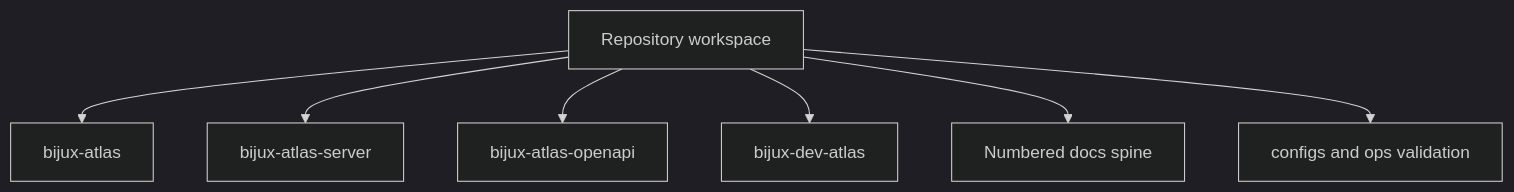
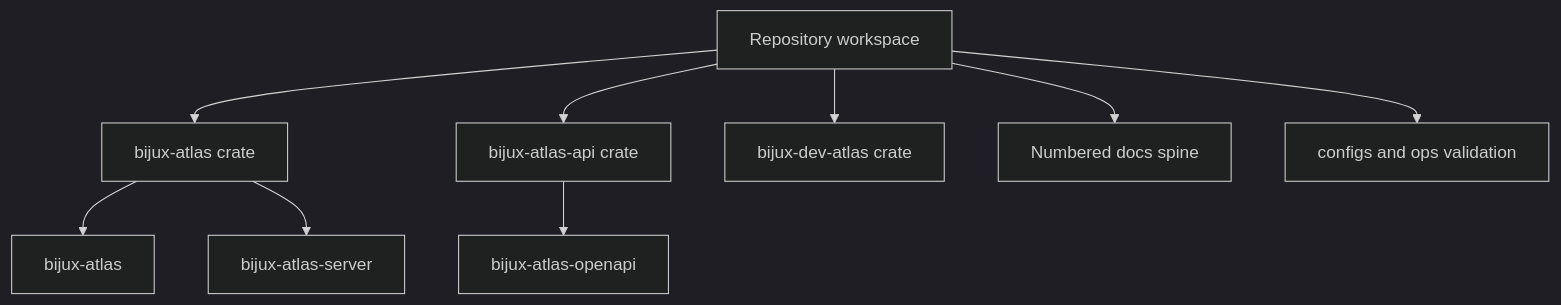
Before and after one commit to bijux/bijux-atlas: the second of 5 diagrams in README.md, drawn with Mermaid (dark theme). The commit also changed other lines of this file and 4 other files, not shown here.

Commit message:
docs(architecture): align atlas crate and binary ownership map

````diff
--- a/README.md
+++ b/README.md
@@ -110,9 +110,11 @@
 ```mermaid
 flowchart TD
-    Workspace[Repository workspace] --> RuntimeCLI[bijux-atlas]
-    Workspace --> Server[bijux-atlas-server]
-    Workspace --> OpenAPI[bijux-atlas-openapi]
-    Workspace --> ControlPlane[bijux-dev-atlas]
+    Workspace[Repository workspace] --> Runtime[bijux-atlas crate]
+    Workspace --> API[bijux-atlas-api crate]
+    Workspace --> ControlPlane[bijux-dev-atlas crate]
+    Runtime --> RuntimeCLI[bijux-atlas]
+    Runtime --> Server[bijux-atlas-server]
+    API --> OpenAPI[bijux-atlas-openapi]
     Workspace --> Docs[Numbered docs spine]
     Workspace --> Governance[configs and ops validation]
 ```
````
